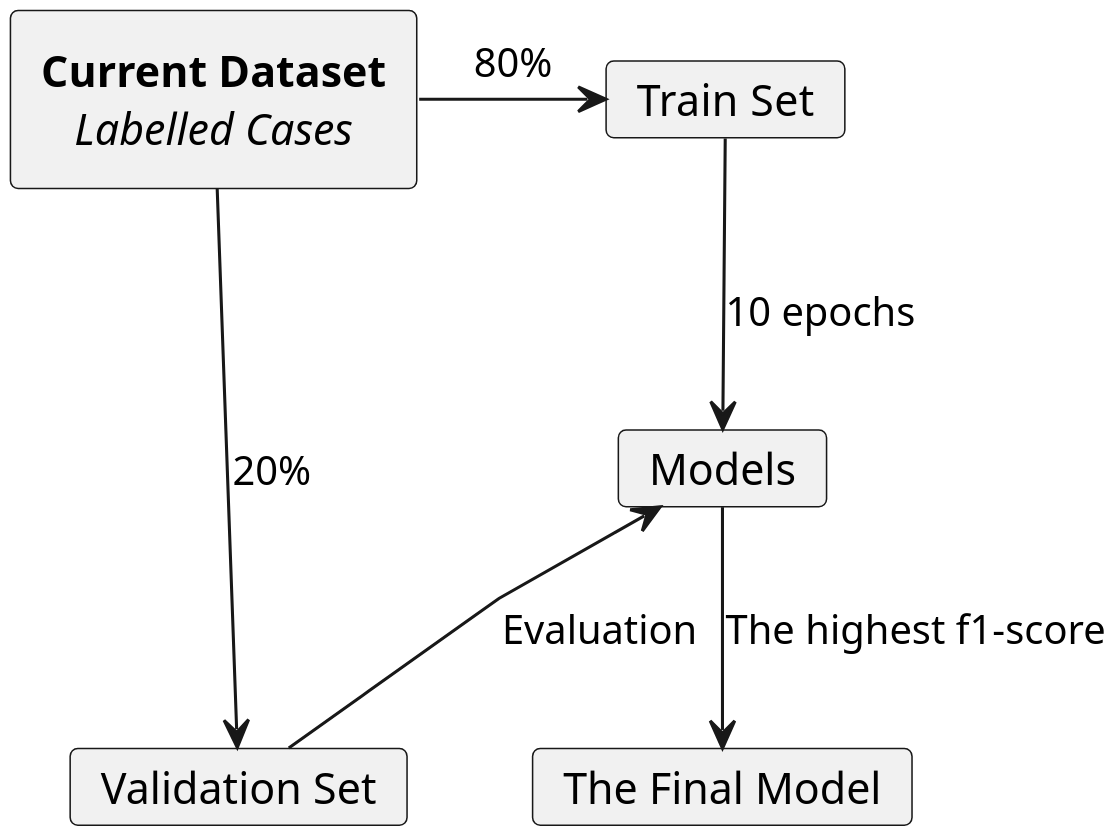
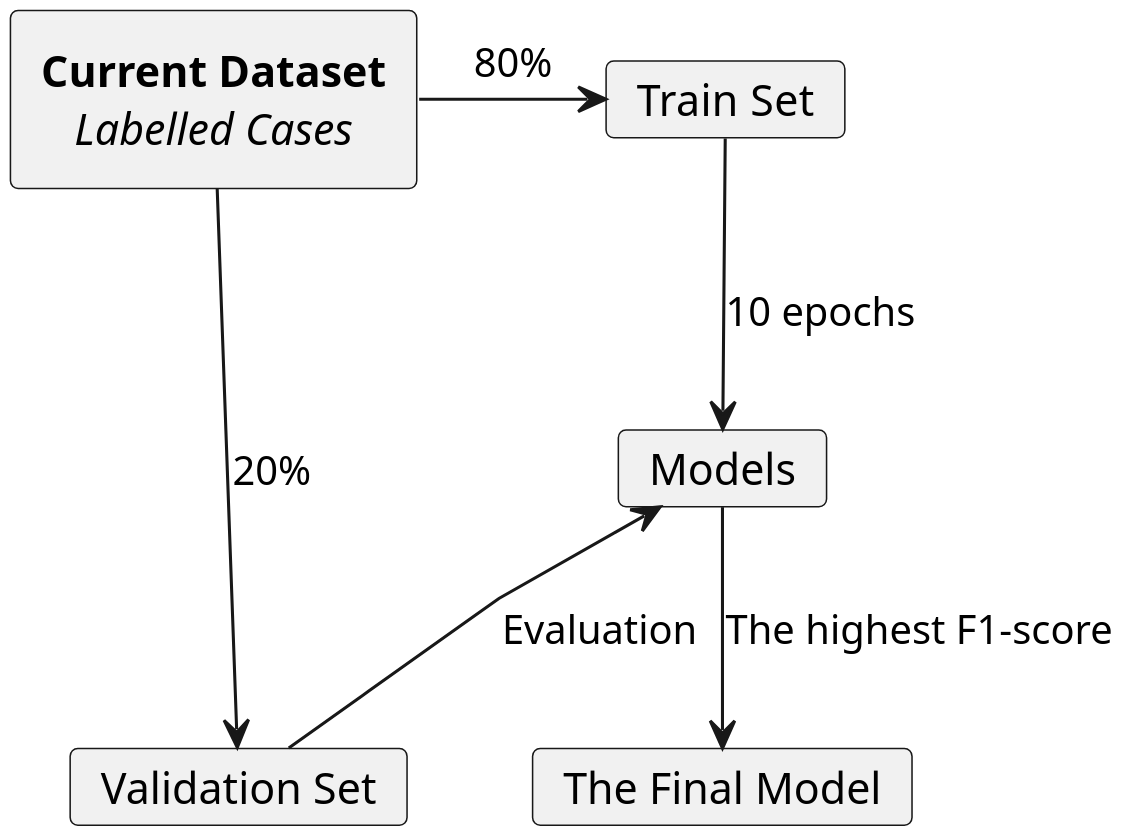
Before and after one commit to C-Campbell-Lab/A-BERT-model-from-pathology-synopses: the diagram in uml/dev.pu, drawn with PlantUML. The commit also changed 35 other files, not shown here.

```diff
--- a/uml/dev.pu
+++ b/uml/dev.pu
@@ -1,41 +1,41 @@
 @startuml dev
 skinparam defaultTextAlignment center
 skinparam linetype polyline
 skinparam Dpi 300
 
 skinparam monochrome true
 skinparam shadowing false
 skinparam classFontName Arial
 ' card lab1 as "Whether keep field"
 
 ' card lab2 as "The augmentation"
 
 ' card lab3 as "The datasize"
 
 ' card lab4 as "The augmented prediction"
 
 
 rectangle data as "
 **Current Dataset**
 //Labelled Cases//"
 
 card train as "Train Set"
 
 together {
 card test as "Validation Set"
 
 card model as "Models"
 }
 card output as "The Final Model"
 
 data -r-> train : 80%
 
 data -r-> test : 20%
 
 train --> model : "10 epochs"
 
 test -u-> model : "Evaluation"
 
-model --> output : "The highest f1-score"
+model --> output : "The highest F1-score"
 
 @enduml
```
